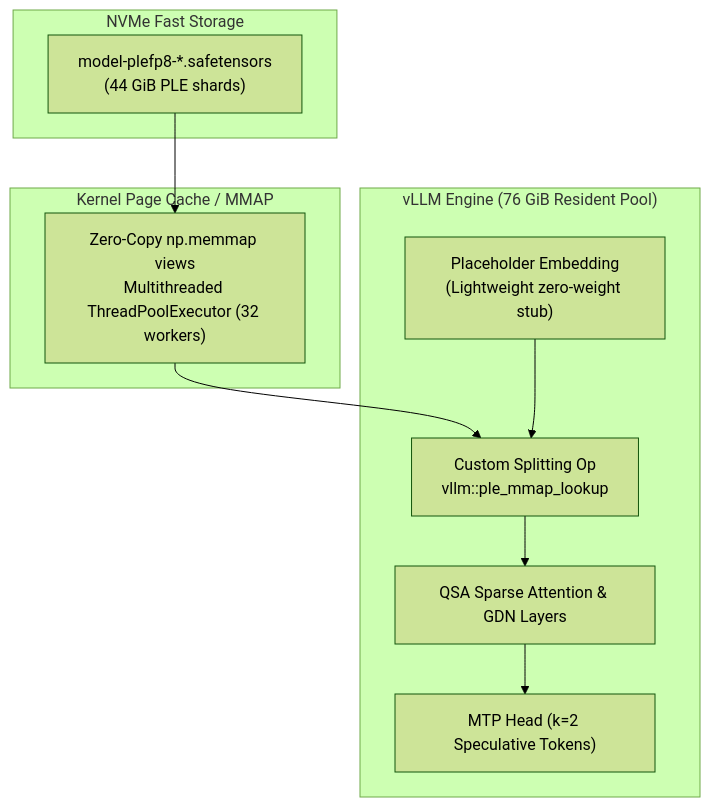
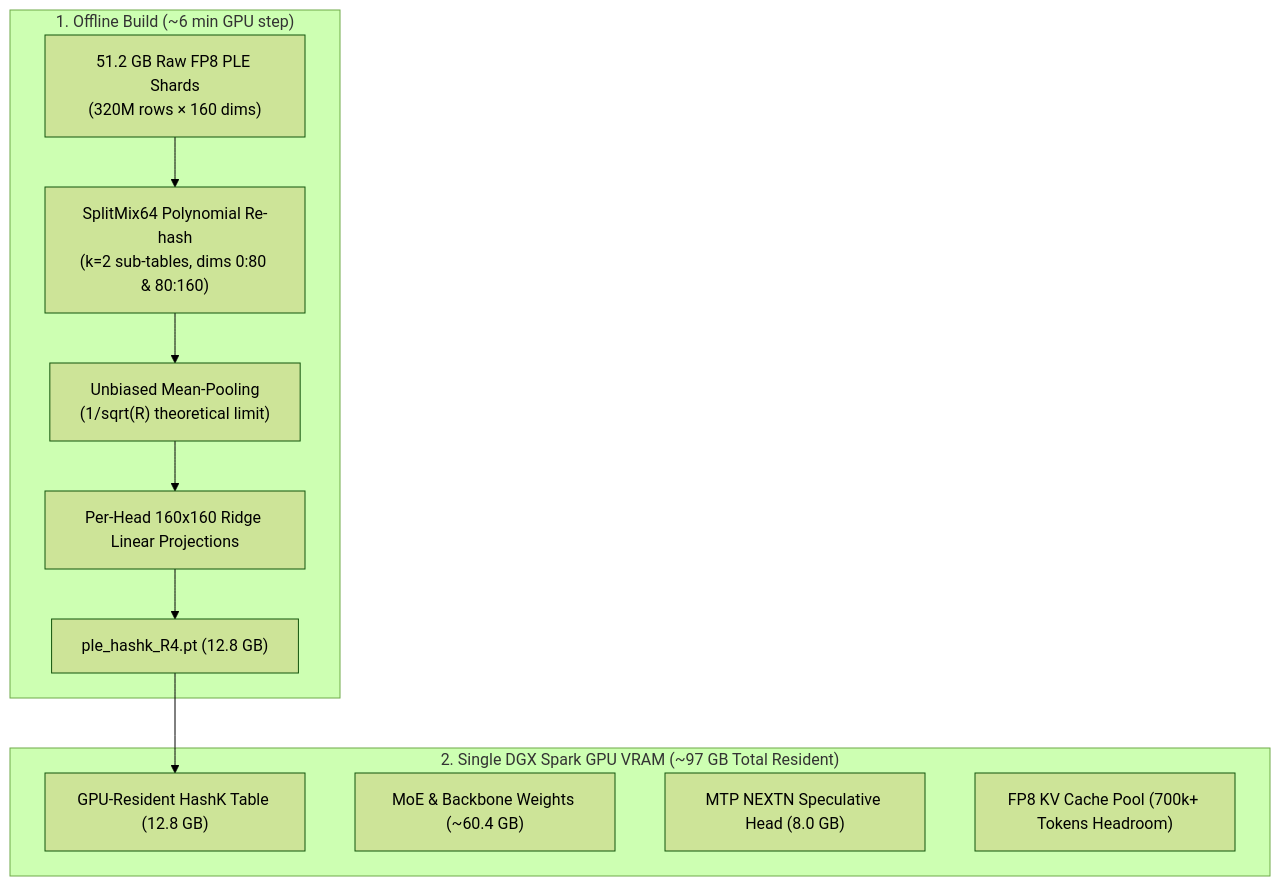
The diagram in HOW_IT_WORKS.md (airawatraj/dgx-spark-qwen38-flash-agent), drawn with Mermaid (forest theme) before and after one commit. The commit also changed other lines of this file and 26 other files, not shown here.

Commit message:
feat: upgrade to SGLang HashK GPU-resident PLE and NEXTN spec decode for Cogni-Brain on DGX Spark

````diff
--- a/HOW_IT_WORKS.md
+++ b/HOW_IT_WORKS.md
@@ -42,23 +28,19 @@
 ```mermaid
 flowchart TD
-    subgraph Host_Storage ["NVMe Fast Storage"]
-        ST["model-plefp8-*.safetensors<br/>(44 GiB PLE shards)"]
+    subgraph OfflineBuild ["1. Offline Build (~6 min GPU step)"]
+        RawPLE["51.2 GB Raw FP8 PLE Shards<br/>(320M rows × 160 dims)"]
+        SplitMix["SplitMix64 Polynomial Re-hash<br/>(k=2 sub-tables, dims 0:80 & 80:160)"]
+        MeanPool["Unbiased Mean-Pooling<br/>(1/sqrt(R) theoretical limit)"]
+        Ridge["Per-Head 160x160 Ridge Linear Projections"]
+        Artifact["ple_hashk_R4.pt (12.8 GB)"]
+        
+        RawPLE --> SplitMix --> MeanPool --> Ridge --> Artifact
     end
 
-    subgraph Memory_Map ["Kernel Page Cache / MMAP"]
-        MM["Zero-Copy np.memmap views<br/>Multithreaded ThreadPoolExecutor (32 workers)"]
+    subgraph GPUResident ["2. Single DGX Spark GPU VRAM (~97 GB Total Resident)"]
+        Artifact --> GPUPLE["GPU-Resident HashK Table (12.8 GB)"]
+        Weights["MoE & Backbone Weights (~60.4 GB)"]
+        MTP["MTP NEXTN Speculative Head (8.0 GB)"]
+        FP8KV["FP8 KV Cache Pool (700k+ Tokens Headroom)"]
     end
-
-    subgraph vLLM_Runtime ["vLLM Engine (76 GiB Resident Pool)"]
-        PH["Placeholder Embedding<br/>(Lightweight zero-weight stub)"]
-        OP["Custom Splitting Op<br/>vllm::ple_mmap_lookup"]
-        QSA["QSA Sparse Attention & GDN Layers"]
-        MTP["MTP Head (k=2 Speculative Tokens)"]
-    end
-
-    ST --> MM
-    MM --> OP
-    PH --> OP
-    OP --> QSA
-    QSA --> MTP
 ```
````
